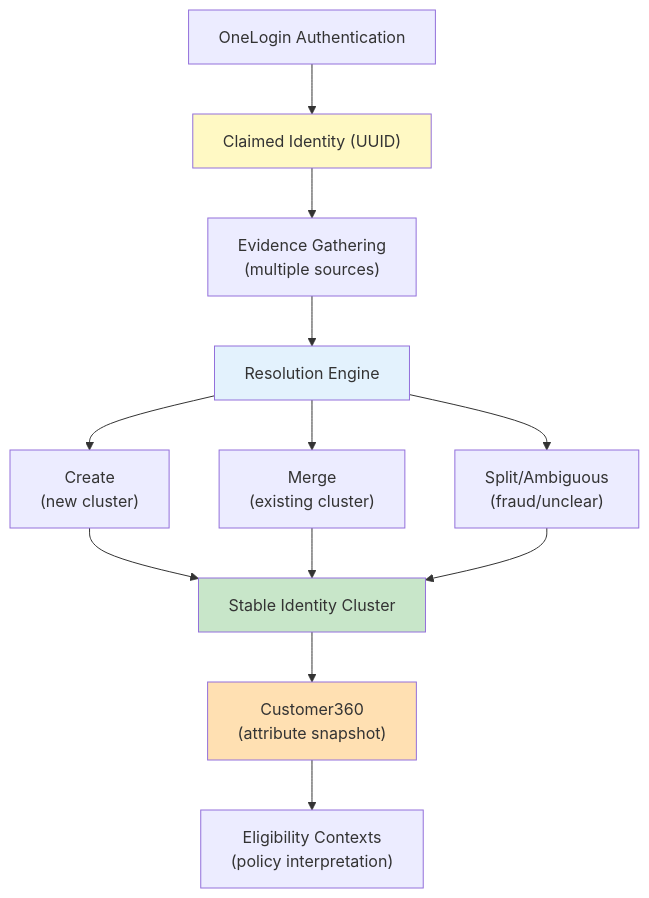
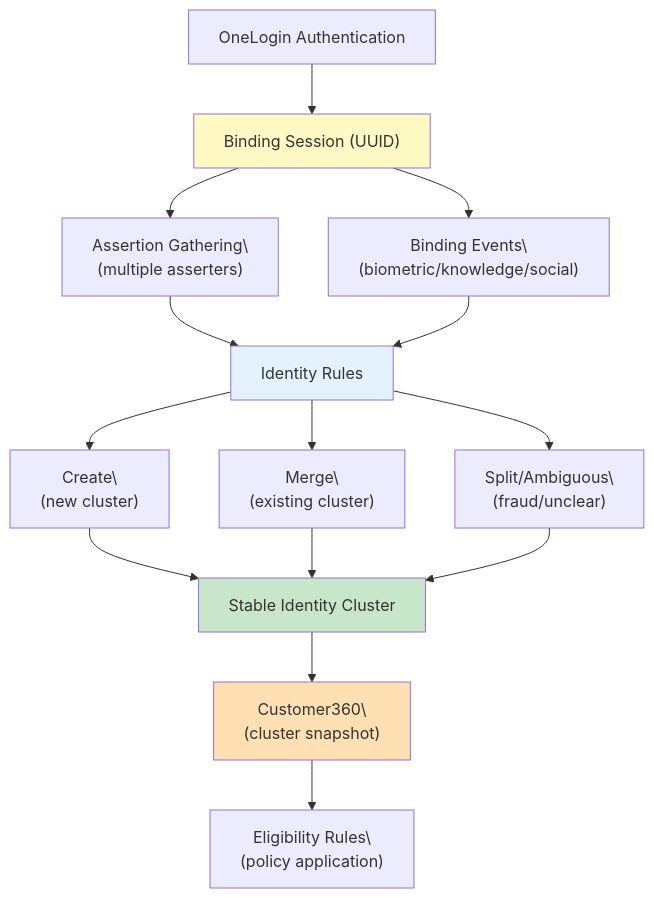
Before and after one commit to mrchughes/architecting-modern-government-services: the fourth of 7 diagrams in docs/Paper_2_Evidence_Based_Identity.md, drawn with Mermaid. The commit also changed other lines of this file and 1 other file, not shown here.

First line of the commit message:
Reframe Paper 2 around assertion graph and binding

````diff
--- a/docs/Paper_2_Evidence_Based_Identity.md
+++ b/docs/Paper_2_Evidence_Based_Identity.md
@@ -720,22 +769,25 @@
 ```mermaid
 flowchart TB
-    Auth["OneLogin Authentication"] --> Claimed["Claimed Identity (UUID)"]
-    Claimed --> Evidence["Evidence Gathering\n(multiple sources)"]
-    Evidence --> Resolution["Resolution Engine"]
+    Auth["OneLogin Authentication"] --> Session["Binding Session (UUID)"]
+    Session --> Assertions["Assertion Gathering\\n(multiple asserters)"]
+    Session --> Binding["Binding Events\\n(biometric/knowledge/social)"]
     
-    Resolution --> Create["Create\n(new cluster)"]
-    Resolution --> Merge["Merge\n(existing cluster)"]
-    Resolution --> Split["Split/Ambiguous\n(fraud/unclear)"]
+    Assertions --> Rules["Identity Rules"]
+    Binding --> Rules
+    
+    Rules --> Create["Create\\n(new cluster)"]
+    Rules --> Merge["Merge\\n(existing cluster)"]
+    Rules --> Split["Split/Ambiguous\\n(fraud/unclear)"]
     
     Create --> Stable["Stable Identity Cluster"]
     Merge --> Stable
     Split --> Stable
     
-    Stable --> C360["Customer360\n(attribute snapshot)"]
-    C360 --> Eligibility["Eligibility Contexts\n(policy interpretation)"]
+    Stable --> C360["Customer360\\n(cluster snapshot)"]
+    C360 --> Eligibility["Eligibility Rules\\n(policy application)"]
     
-    style Claimed fill:#fff9c4
-    style Resolution fill:#e3f2fd
+    style Session fill:#fff9c4
+    style Rules fill:#e3f2fd
     style Stable fill:#c8e6c9
     style C360 fill:#ffe0b2
 ```
````
